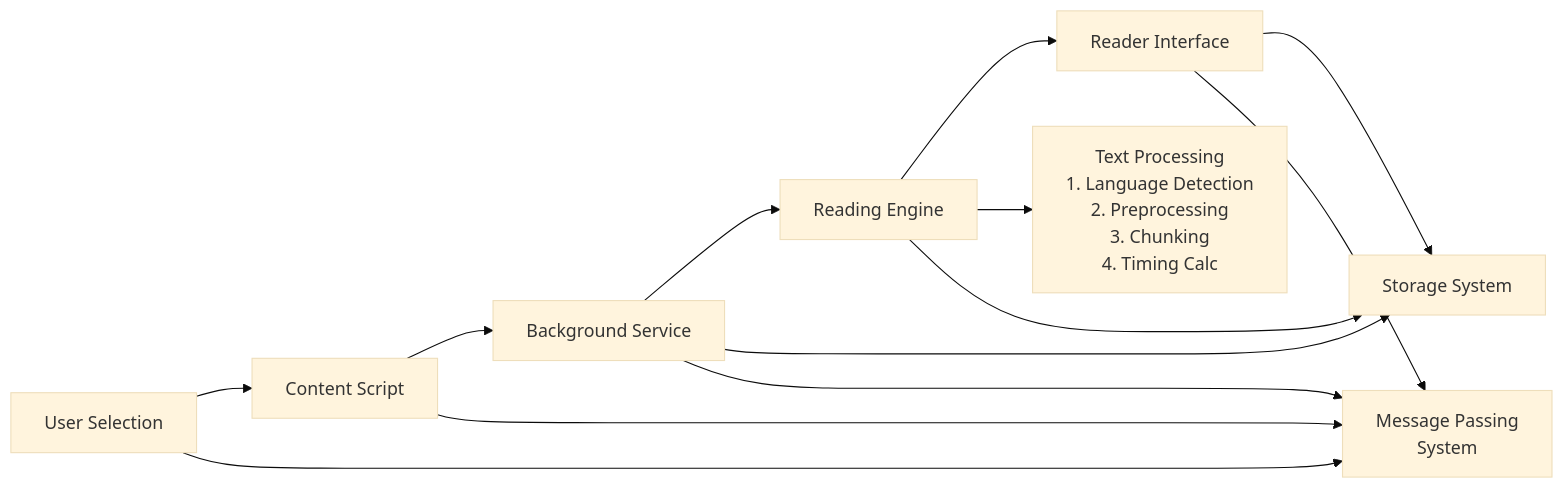
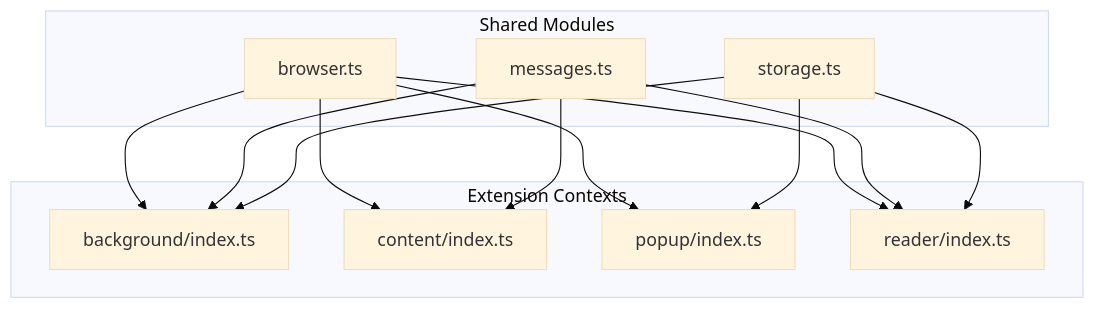
Before and after one commit to dimitree54/sprint-reader-chrome: the diagram in docs/architecture.md, drawn with Mermaid (base theme). The commit also changed other lines of this file and 116 other files, not shown here.

````diff
--- a/docs/architecture.md
+++ b/docs/architecture.md
@@ -198,18 +9,26 @@
 ```mermaid
-graph LR
-    US[User Selection] --> CS[Content Script]
-    CS --> BS[Background Service]
-    BS --> RE[Reading Engine]
-    RE --> RI[Reader Interface]
-    
-    RE --> TP[Text Processing<br/>1. Language Detection<br/>2. Preprocessing<br/>3. Chunking<br/>4. Timing Calc]
-    
-    BS --> SS[Storage System]
-    RE --> SS
-    RI --> SS
-    
-    CS --> MPS[Message Passing<br/>System]
-    BS --> MPS
-    RI --> MPS
-    US --> MPS
+graph TD
+    subgraph "Shared Modules"
+        Storage[storage.ts]
+        Messages[messages.ts]
+        BrowserAPI[browser.ts]
+    end
+
+    subgraph "Extension Contexts"
+        Background[background/index.ts]
+        Content[content/index.ts]
+        Popup[popup/index.ts]
+        Reader[reader/index.ts]
+    end
+
+    Storage --> Background
+    Storage --> Popup
+    Storage --> Reader
+    Messages --> Background
+    Messages --> Content
+    Messages --> Reader
+    BrowserAPI --> Background
+    BrowserAPI --> Content
+    BrowserAPI --> Popup
+    BrowserAPI --> Reader
 ```
````
